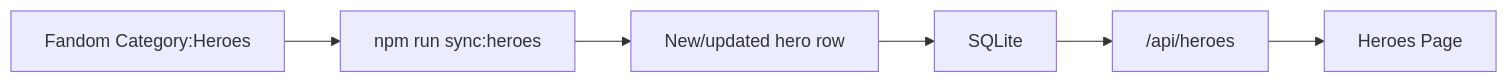
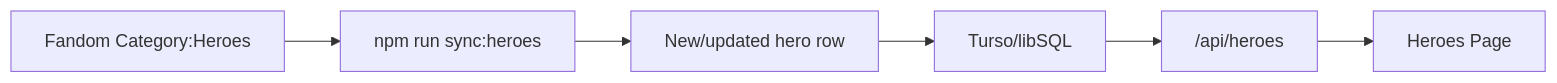
The sixth of 7 diagrams in src/docs/content-data-flow.md (anthonyturner/marvel-rivals-coach), drawn with Mermaid before and after one commit. The commit also changed other lines of this file and 12 other files, not shown here.

First line of the commit message:
feat: migrate from SQLite to Turso for database management

````diff
--- a/src/docs/content-data-flow.md
+++ b/src/docs/content-data-flow.md
@@ -204,8 +205,8 @@
 ```mermaid
 flowchart LR
   FandomHeroes["Fandom Category:Heroes"] --> HeroSync["npm run sync:heroes"]
   HeroSync --> NewHero["New/updated hero row"]
-  NewHero --> DB["SQLite"]
+  NewHero --> DB["Turso/libSQL"]
   DB --> Api["/api/heroes"]
   Api --> Page["Heroes Page"]
 ```
````
